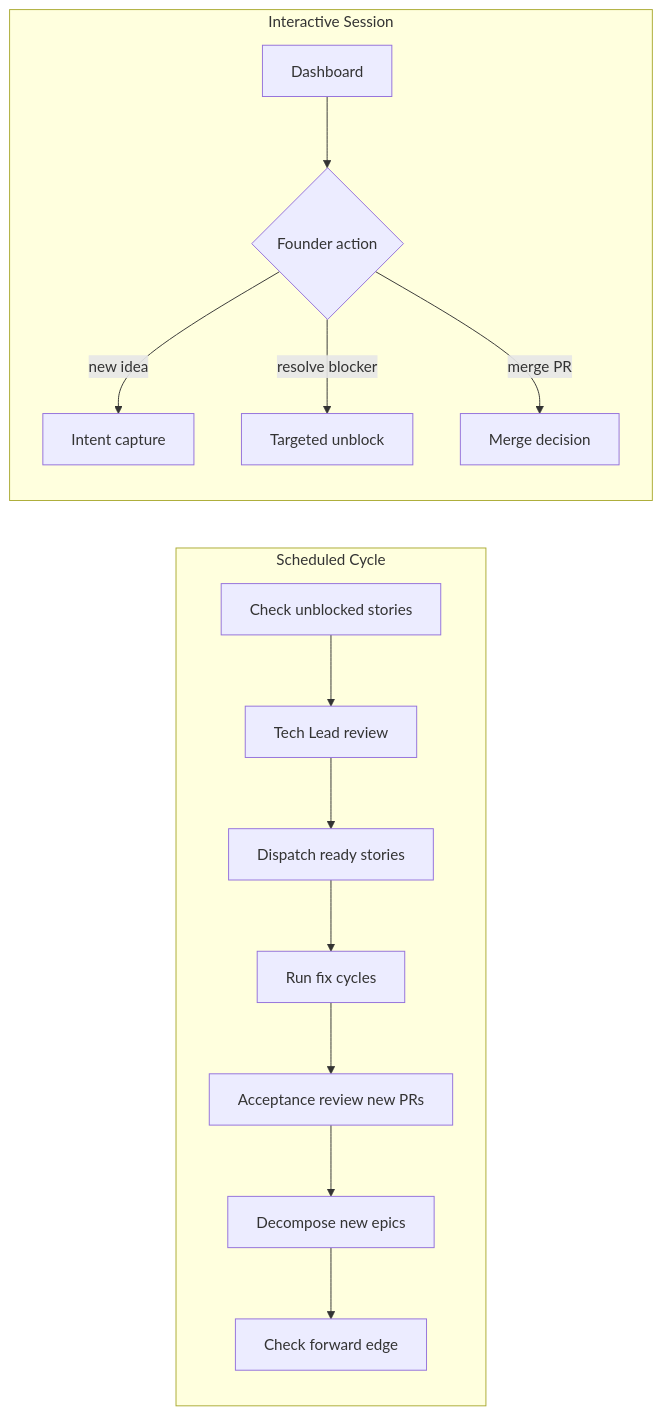
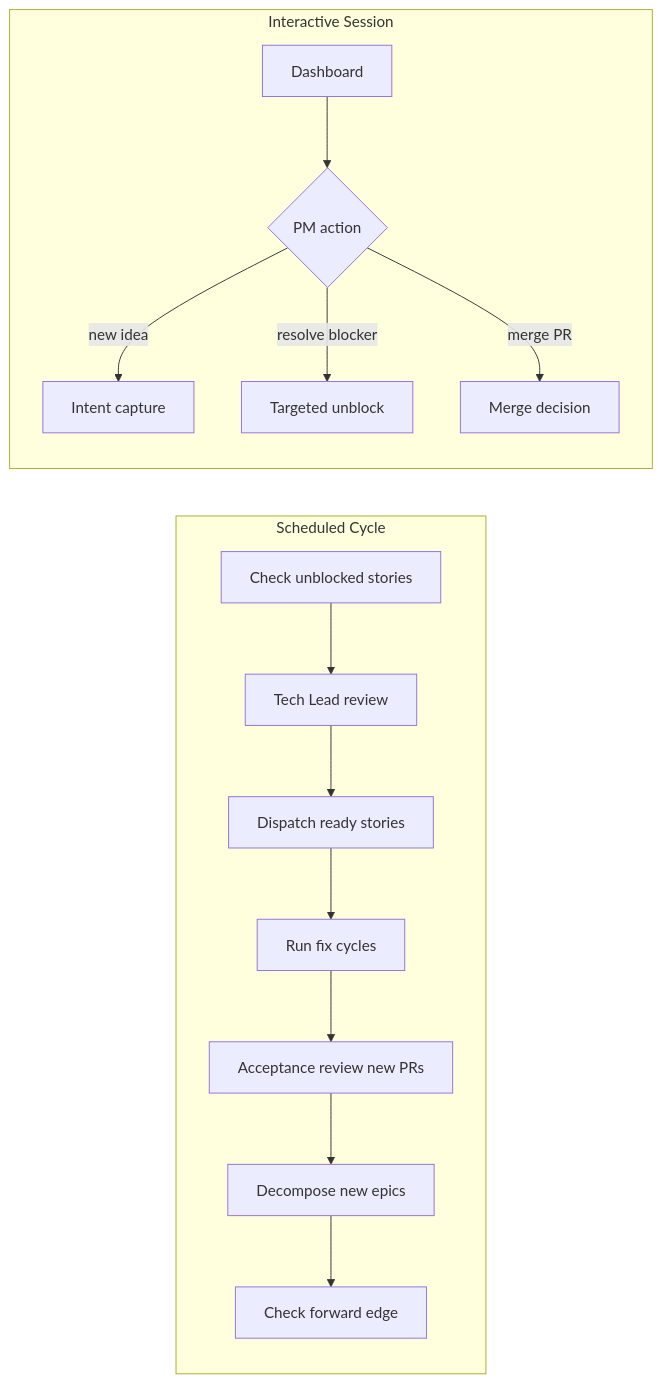
Before and after one commit to cfg-is/cfgms: the third of 3 diagrams in docs/development/autonomous-dev-team.md, drawn with Mermaid. The commit also changed other lines of this file, not shown here.

````diff
--- a/docs/development/autonomous-dev-team.md
+++ b/docs/development/autonomous-dev-team.md
@@ -122,18 +124,18 @@
 ```mermaid
 flowchart LR
     subgraph Scheduled Cycle
         S1[Check unblocked stories] --> S2[Tech Lead review]
         S2 --> S3[Dispatch ready stories]
         S3 --> S4[Run fix cycles]
         S4 --> S5[Acceptance review new PRs]
         S5 --> S6[Decompose new epics]
         S6 --> S7[Check forward edge]
     end
 
     subgraph Interactive Session
-        I1[Dashboard] --> I2{Founder action}
+        I1[Dashboard] --> I2{PM action}
         I2 -->|new idea| I3[Intent capture]
         I2 -->|resolve blocker| I4[Targeted unblock]
         I2 -->|merge PR| I5[Merge decision]
     end
 ```
````
